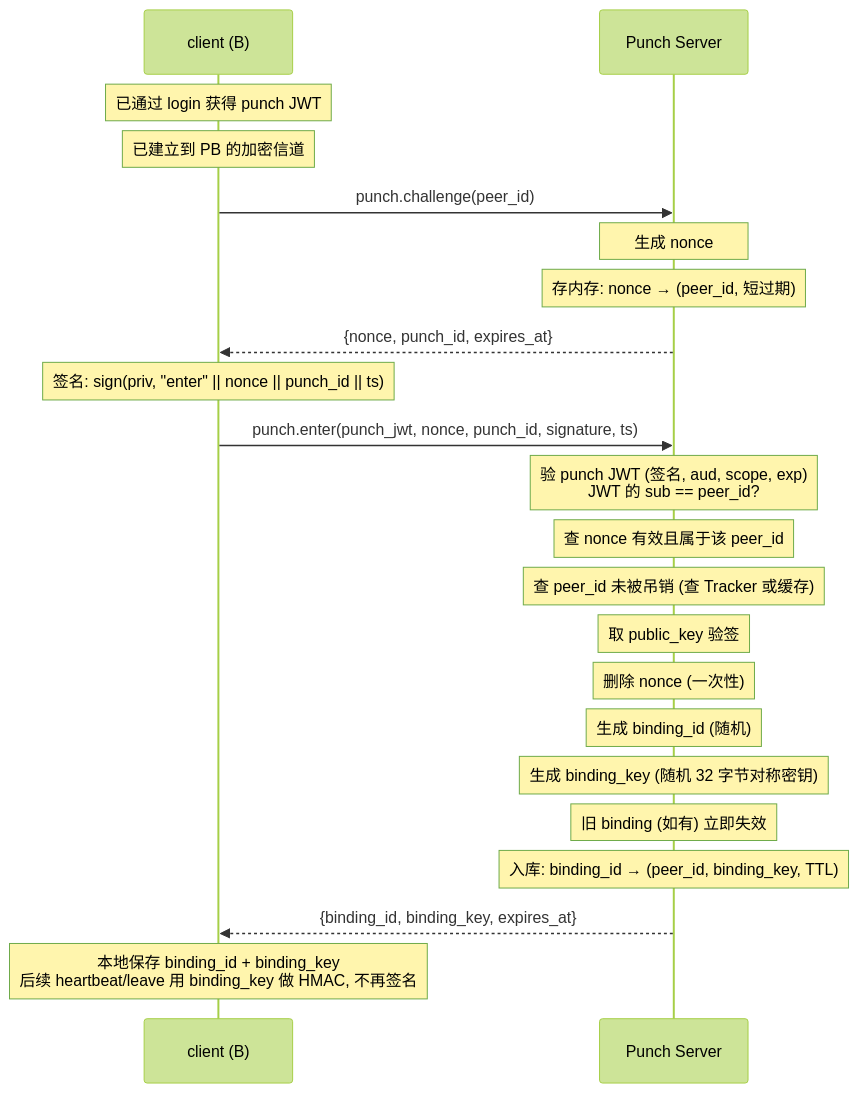
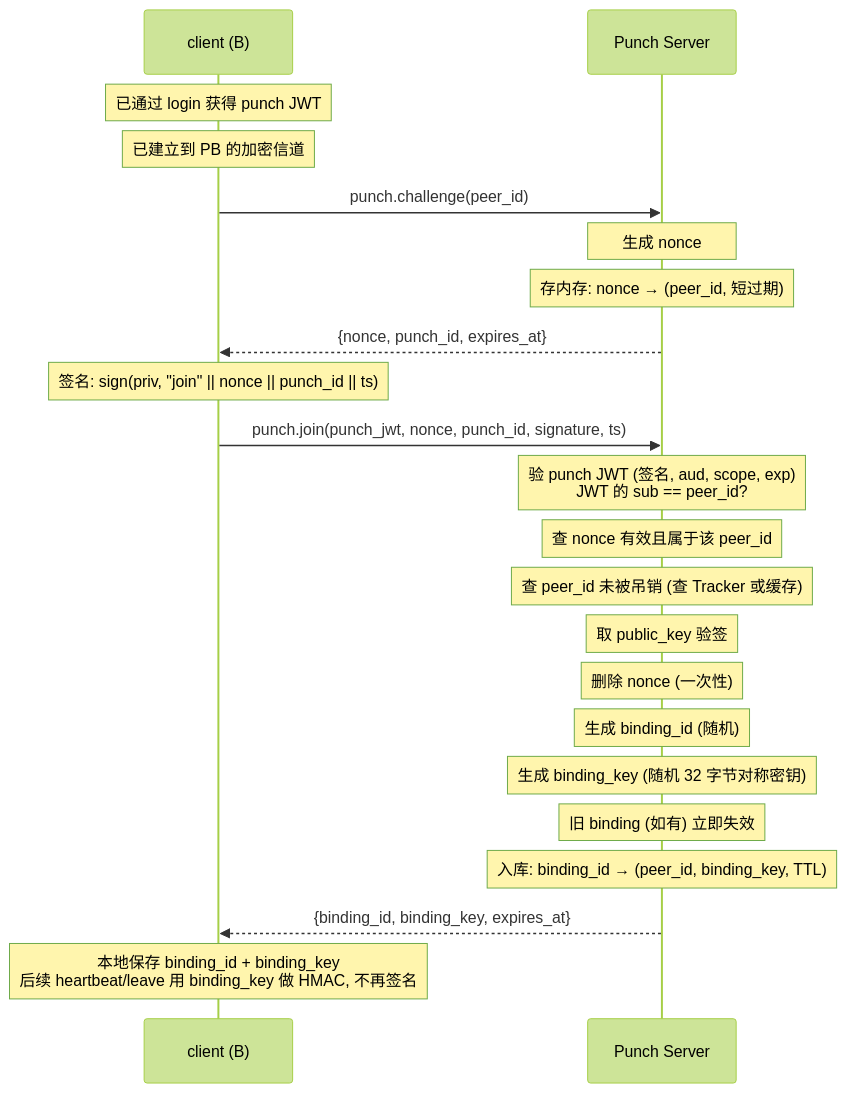
The eighth of 15 diagrams in docs/design/p2p-overview.md (mivinci/p2p), drawn with Mermaid (forest theme) before and after one commit. The commit also changed other lines of this file, not shown here.

First line of the commit message:
docs(design): rename punch.enter/leave to punch.join/exit

````diff
--- a/docs/design/p2p-overview.md
+++ b/docs/design/p2p-overview.md
@@ -680,29 +680,29 @@
 ```mermaid
 sequenceDiagram
     participant B as client (B)
     participant PB as Punch Server
 
     Note over B: 已通过 login 获得 punch JWT
     Note over B: 已建立到 PB 的加密信道
 
     B->>PB: punch.challenge(peer_id)
     Note over PB: 生成 nonce
     Note over PB: 存内存: nonce → (peer_id, 短过期)
     PB-->>B: {nonce, punch_id, expires_at}
 
-    Note over B: 签名: sign(priv, "enter" || nonce || punch_id || ts)
+    Note over B: 签名: sign(priv, "join" || nonce || punch_id || ts)
 
-    B->>PB: punch.enter(punch_jwt, nonce, punch_id, signature, ts)
+    B->>PB: punch.join(punch_jwt, nonce, punch_id, signature, ts)
     Note over PB: 验 punch JWT (签名, aud, scope, exp)<br/>JWT 的 sub == peer_id?
     Note over PB: 查 nonce 有效且属于该 peer_id
     Note over PB: 查 peer_id 未被吊销 (查 Tracker 或缓存)
     Note over PB: 取 public_key 验签
     Note over PB: 删除 nonce (一次性)
     Note over PB: 生成 binding_id (随机)
     Note over PB: 生成 binding_key (随机 32 字节对称密钥)
     Note over PB: 旧 binding (如有) 立即失效
     Note over PB: 入库: binding_id → (peer_id, binding_key, TTL)
     PB-->>B: {binding_id, binding_key, expires_at}
 
     Note over B: 本地保存 binding_id + binding_key<br/>后续 heartbeat/leave 用 binding_key 做 HMAC, 不再签名
 ```
````
